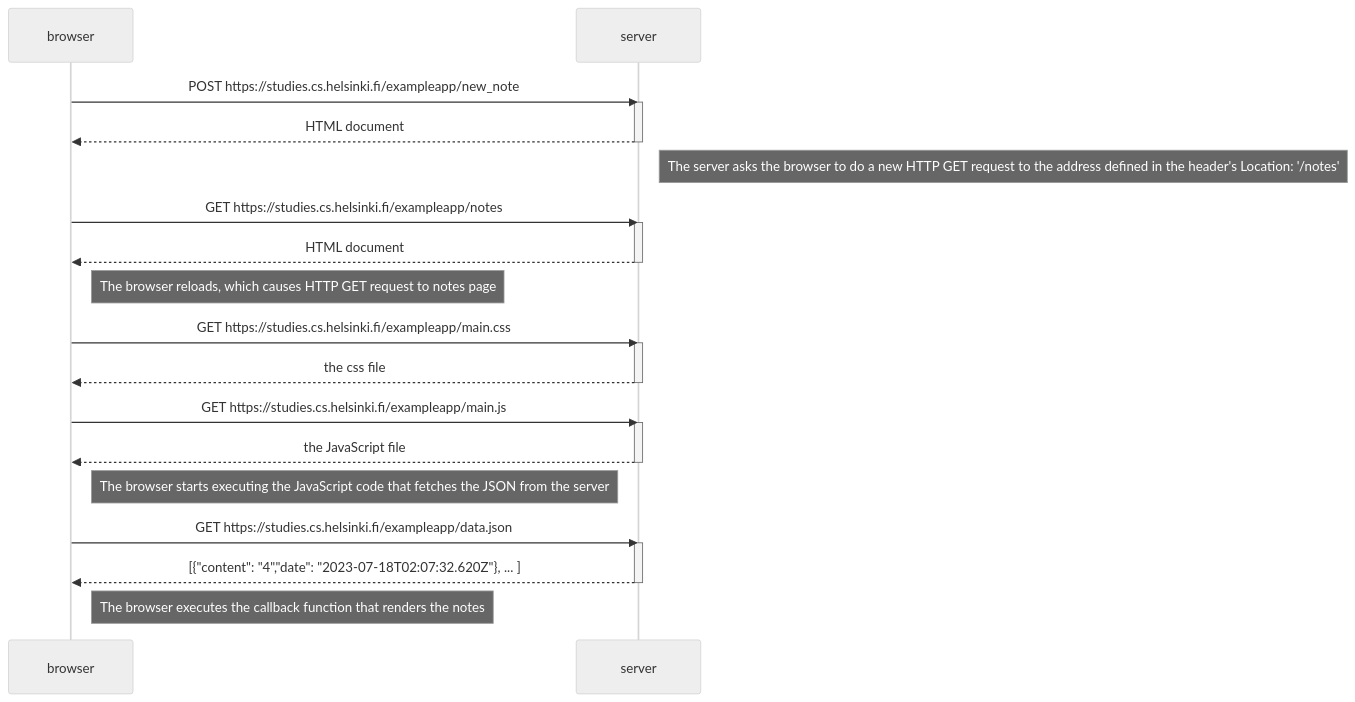
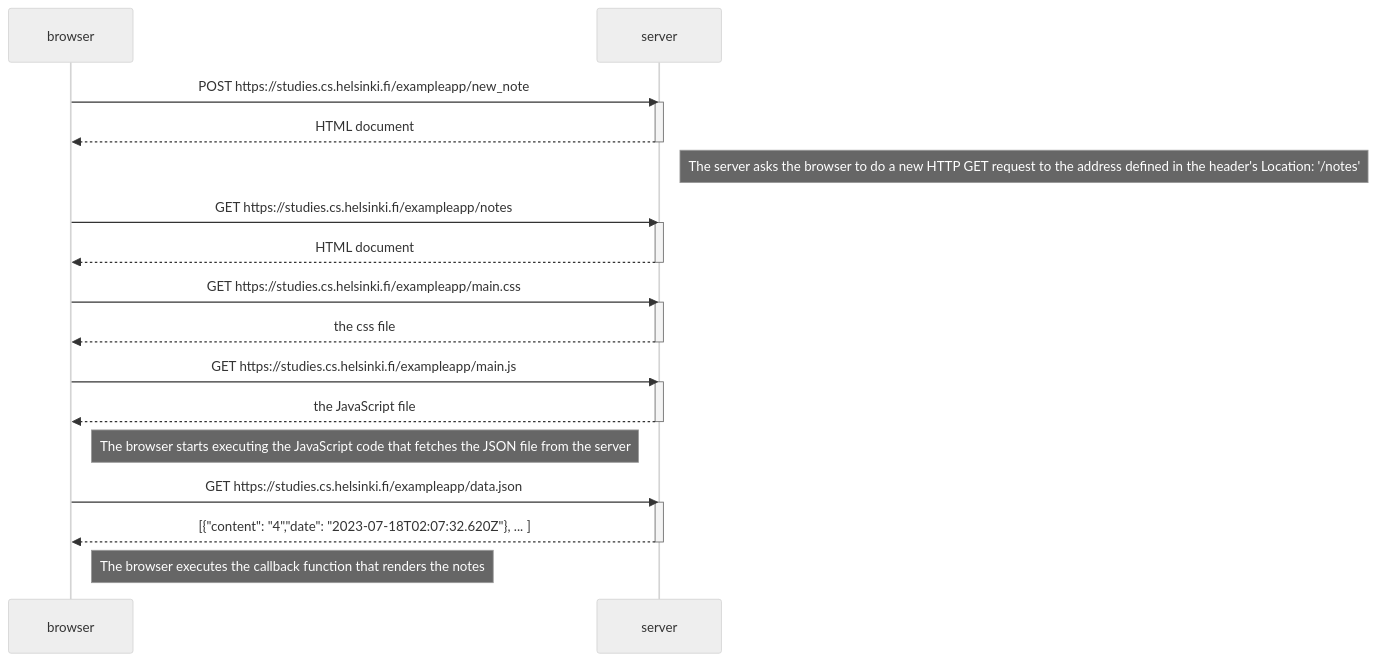
The diagram in part0/0.4.md (Belze3ub/Fullstackopen), drawn with Mermaid (neutral theme) before and after one commit.

Commit message:
Slightly modified file for example no 4

````diff
--- a/part0/0.4.md
+++ b/part0/0.4.md
@@ -1,38 +1,36 @@
 ```mermaid
 sequenceDiagram
     participant browser
     participant server
 
     browser->>server: POST https://studies.cs.helsinki.fi/exampleapp/new_note
     activate server
     server-->>browser: HTML document
     deactivate server
 
     Note right of server: The server asks the browser to do a new HTTP GET request to the address defined in the header's Location: '/notes'
 
     browser->>server: GET https://studies.cs.helsinki.fi/exampleapp/notes
     activate server
     server-->>browser: HTML document
     deactivate server
 
-    Note right of browser: The browser reloads, which causes HTTP GET request to notes page
-
     browser->>server: GET https://studies.cs.helsinki.fi/exampleapp/main.css
     activate server
     server-->>browser: the css file
     deactivate server
 
     browser->>server: GET https://studies.cs.helsinki.fi/exampleapp/main.js
     activate server
     server-->>browser: the JavaScript file
     deactivate server
 
-    Note right of browser: The browser starts executing the JavaScript code that fetches the JSON from the server
+    Note right of browser: The browser starts executing the JavaScript code that fetches the JSON file from the server
 
     browser->>server: GET https://studies.cs.helsinki.fi/exampleapp/data.json
     activate server
     server-->>browser: [{"content": "4","date": "2023-07-18T02:07:32.620Z"}, ... ]
     deactivate server
 
     Note right of browser: The browser executes the callback function that renders the notes
 ```
````
